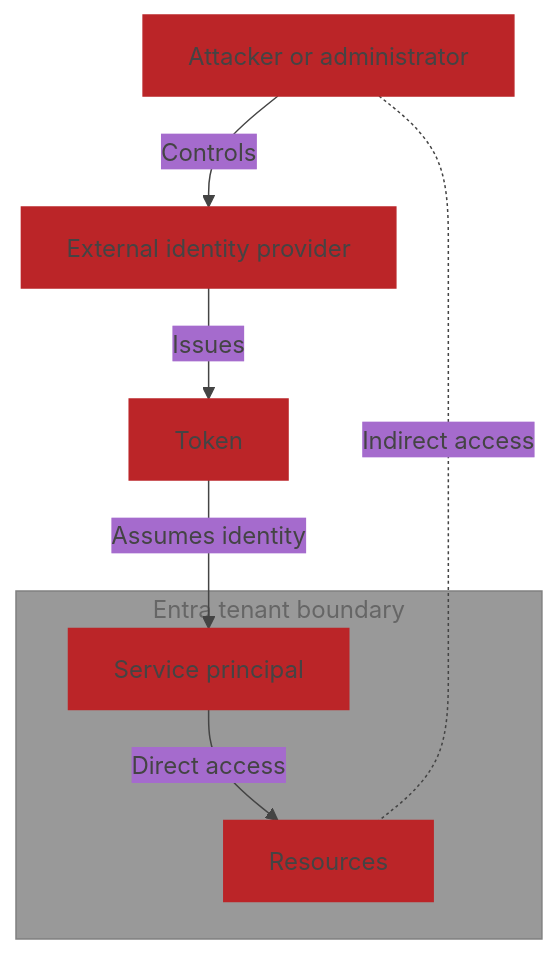
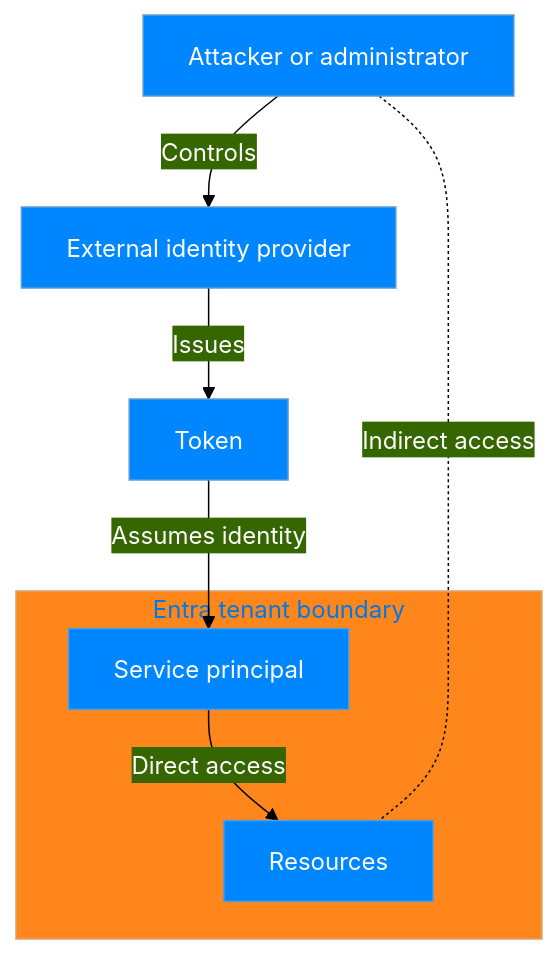
Before and after one commit to lucas-ko/lucas-ko.github.io: the third of 3 diagrams in _posts/2025-01-11-Workload-Identity-Federation-Hidden-Risks.md, drawn with Mermaid. The commit also changed other lines of this file, not shown here.

````diff
--- a/_posts/2025-01-11-Workload-Identity-Federation-Hidden-Risks.md
+++ b/_posts/2025-01-11-Workload-Identity-Federation-Hidden-Risks.md
@@ -93,20 +89,18 @@
 ```mermaid
 %%{
   init: {
     'theme': 'base',
     'themeVariables': {
-      'primaryColor': '#BB2528',
-      'primaryTextColor': '#444444',
-      'primaryBorderColor': '#BB2528',
-      'lineColor': '#444444',
-      'secondaryColor': '#A56BCD',
-      'tertiaryColor': '#999999'
+      'primaryColor': '#0086FF',
+      'primaryTextColor': '#FFFFFF',
+      'lineColor': '#000000',
+      'darkMode': 'false'
     }
   }
 }%% flowchart TD  
     A["Attacker or administrator"] -- Controls --> B["External identity provider"] -- Issues --> C[Token] -- Assumes identity --> D["Service principal"]
 subgraph TB ["Entra tenant boundary"]
        D["Service principal"] -- Direct access --> E[Resources]
 end
 A -. Indirect access .- E
 ```
````
